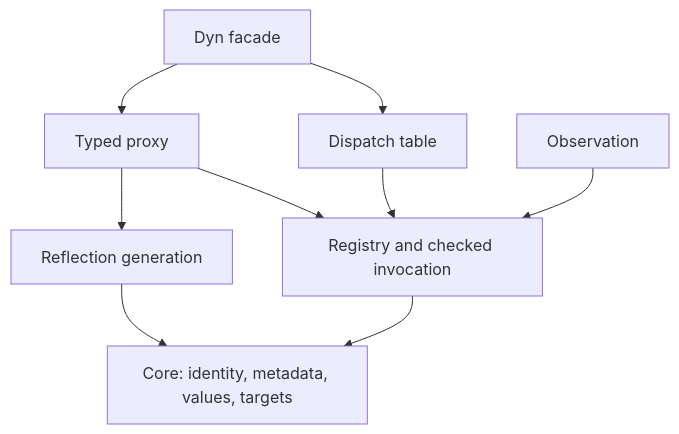
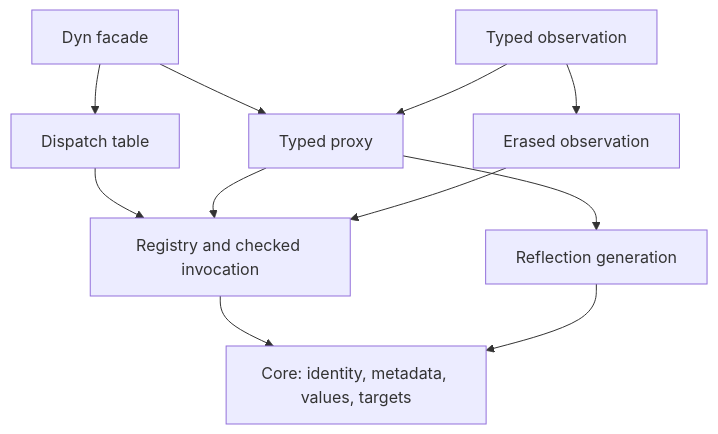
One commit to w2xel/refl changed the diagram in docs/content/architecture/index.md. Above: the diagram before and after it, drawn with Mermaid. The commit also changed other lines of this file and 8 other files, not shown here.

````diff
--- a/docs/content/architecture/index.md
+++ b/docs/content/architecture/index.md
@@ -6,12 +6,14 @@
 ```mermaid
 flowchart TD
     C[Core: identity, metadata, values, targets]
     R[Registry and checked invocation] --> C
     G[Reflection generation] --> C
     D[Dispatch table] --> R
     P[Typed proxy] --> R
     P --> G
     F[Dyn facade] --> D
     F --> P
-    O[Observation] --> R
+    O[Erased observation] --> R
+    TO[Typed observation] --> O
+    TO --> P
 ```
````
